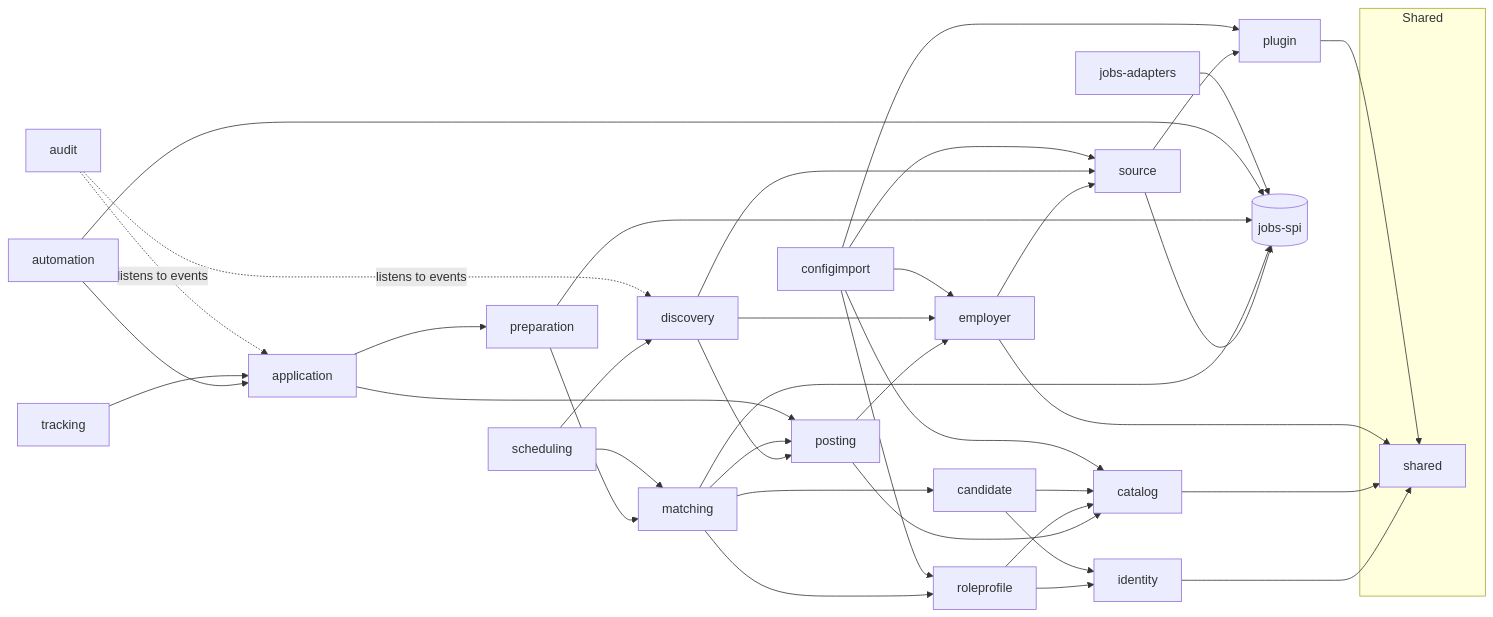
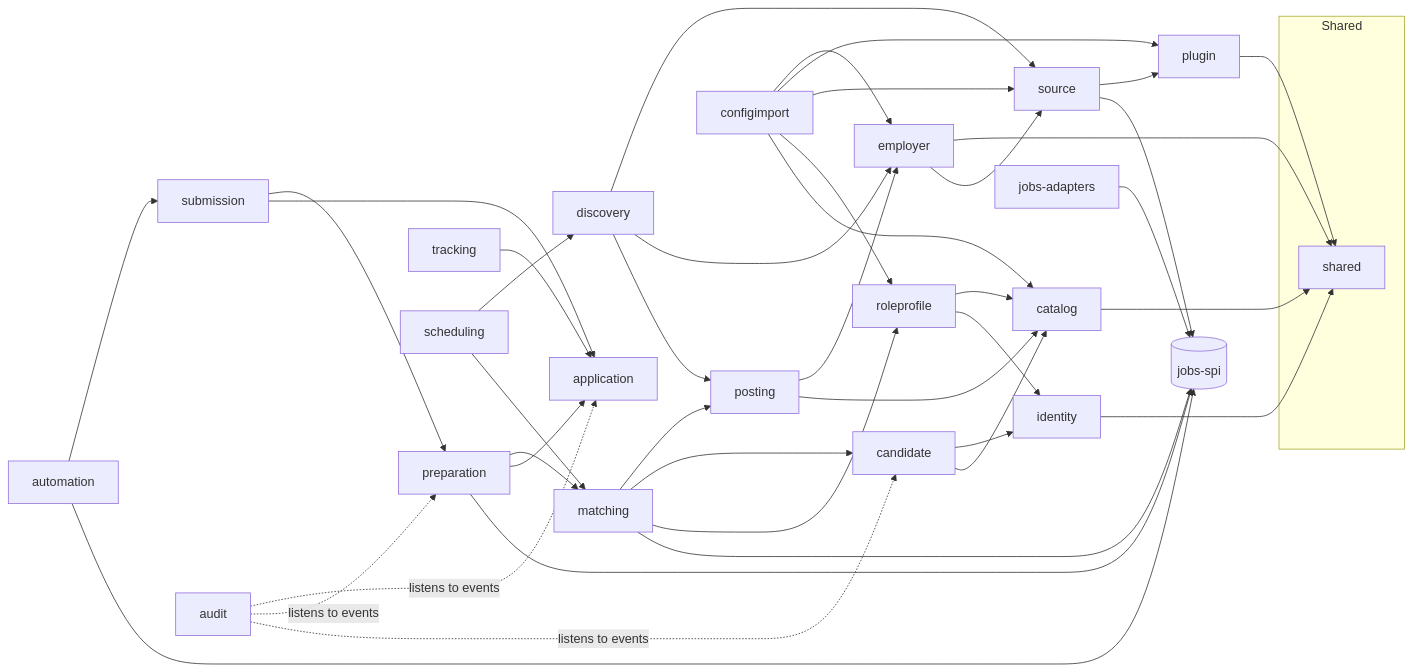
Before and after one commit to Darpan-Balar/JobsApply: the first of 2 diagrams in docs/architecture/README.md, drawn with Mermaid. The commit also changed other lines of this file and 40 other files, not shown here.

````diff
--- a/docs/architecture/README.md
+++ b/docs/architecture/README.md
@@ -99,44 +99,46 @@
 ```mermaid
 flowchart LR
   subgraph Shared
     shared
   end
   identity --> shared
   catalog --> shared
   employer --> shared
   employer --> source
   source --> plugin
   plugin --> shared
   posting --> employer
   posting --> catalog
   discovery --> source
   discovery --> employer
   discovery --> posting
   roleprofile --> catalog
   roleprofile --> identity
   candidate --> identity
   candidate --> catalog
   matching --> posting
   matching --> candidate
   matching --> roleprofile
   preparation --> matching
-  application --> preparation
-  application --> posting
-  automation --> application
+  preparation --> application
+  submission --> preparation
+  submission --> application
+  automation --> submission
   tracking --> application
   scheduling --> discovery
   scheduling --> matching
   configimport --> employer
   configimport --> plugin
   configimport --> source
   configimport --> roleprofile
   configimport --> catalog
   audit -. listens to events .-> application
-  audit -. listens to events .-> discovery
+  audit -. listens to events .-> preparation
+  audit -. listens to events .-> candidate
   SPI[(jobs-spi)]
   source --> SPI
   matching --> SPI
   preparation --> SPI
   automation --> SPI
   ADP[jobs-adapters] --> SPI
 ```
````
